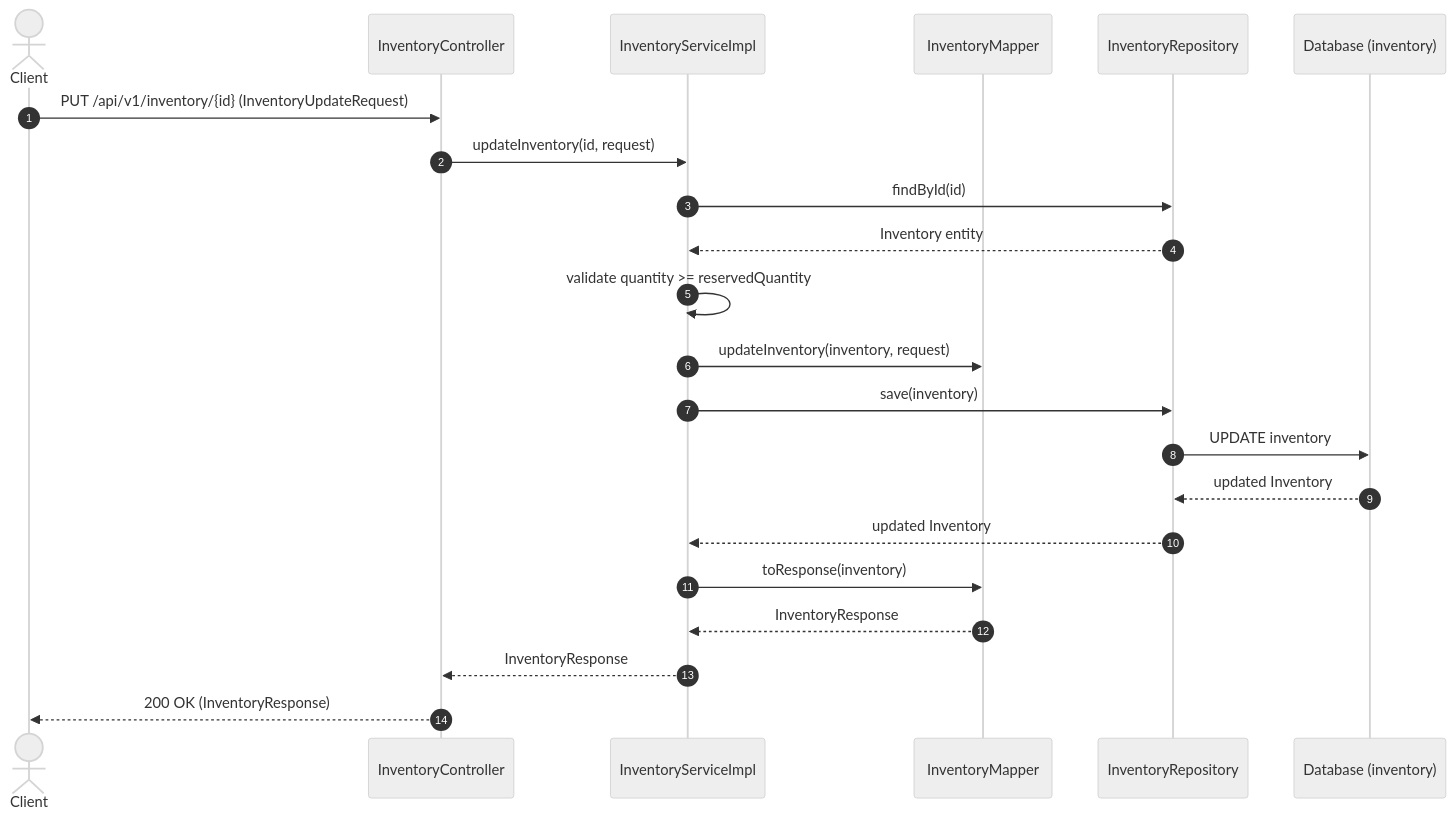
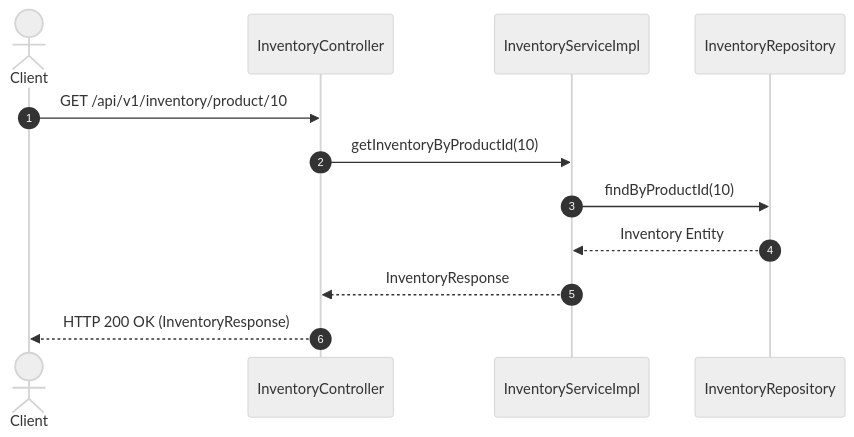
Before and after one commit to Amitgupta0001/amazon-scale-backend: the first of 2 diagrams in docs/Inventory.md, drawn with Mermaid (neutral theme). The commit also changed other lines of this file and 26 other files, not shown here.

Commit message:
docs: document project architecture, API, security, database, and modules

````diff
--- a/docs/Inventory.md
+++ b/docs/Inventory.md
@@ -403,25 +169,15 @@
 ```mermaid
 sequenceDiagram
     autonumber
     actor Client
-    participant Controller as InventoryController
-    participant Service as InventoryServiceImpl
-    participant Mapper as InventoryMapper
+    participant Ctrl as InventoryController
+    participant Svc as InventoryServiceImpl
     participant Repo as InventoryRepository
-    participant DB as Database (inventory)
 
-    Client->>Controller: PUT /api/v1/inventory/{id} (InventoryUpdateRequest)
-    Controller->>Service: updateInventory(id, request)
-    Service->>Repo: findById(id)
-    Repo-->>Service: Inventory entity
-    Service->>Service: validate quantity >= reservedQuantity
-    Service->>Mapper: updateInventory(inventory, request)
-    Service->>Repo: save(inventory)
-    Repo->>DB: UPDATE inventory
-    DB-->>Repo: updated Inventory
-    Repo-->>Service: updated Inventory
-    Service->>Mapper: toResponse(inventory)
-    Mapper-->>Service: InventoryResponse
-    Service-->>Controller: InventoryResponse
-    Controller-->>Client: 200 OK (InventoryResponse)
+    Client->>Ctrl: GET /api/v1/inventory/product/10
+    Ctrl->>Svc: getInventoryByProductId(10)
+    Svc->>Repo: findByProductId(10)
+    Repo-->>Svc: Inventory Entity
+    Svc-->>Ctrl: InventoryResponse
+    Ctrl-->>Client: HTTP 200 OK (InventoryResponse)
 ```
````
